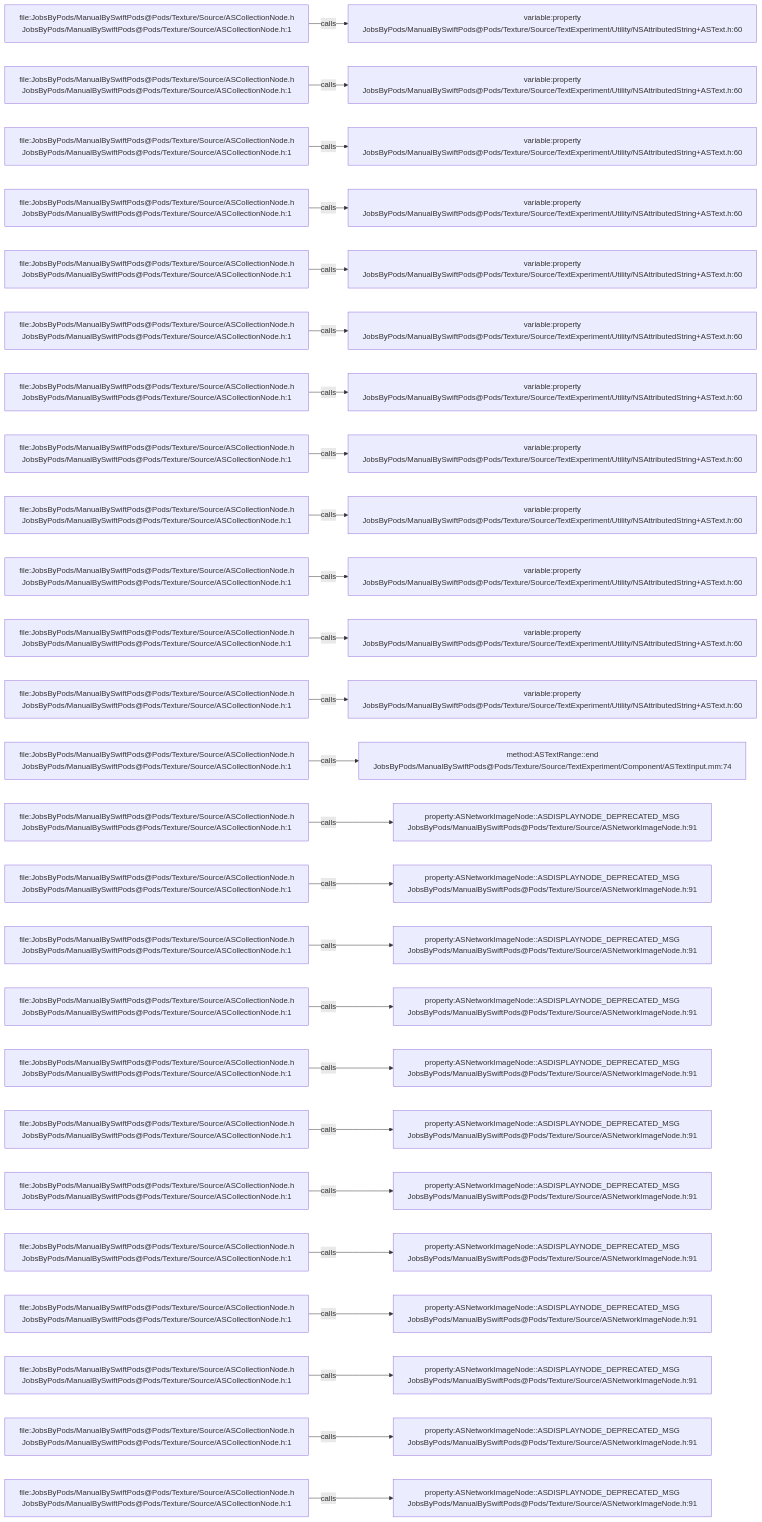
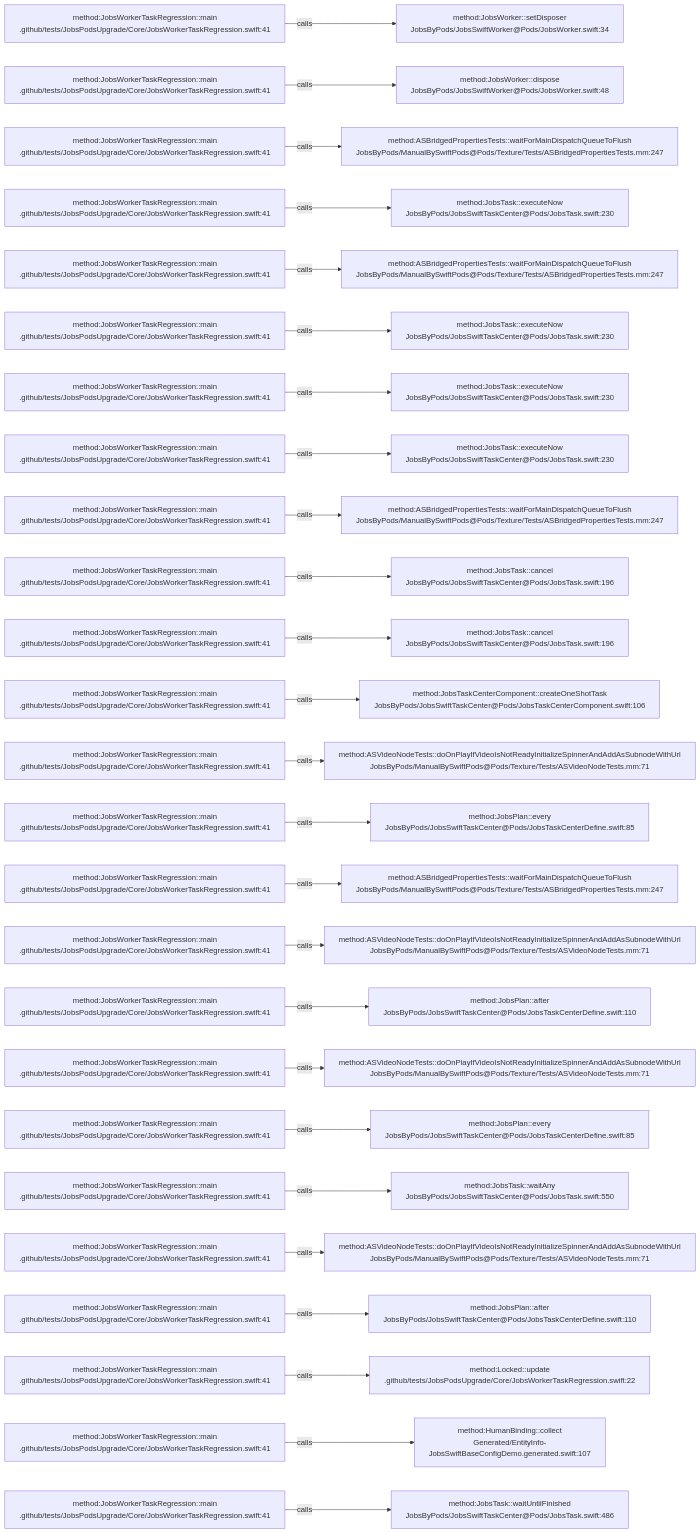
The diagram in .codegraph/codegraph.md/graphs/calls-006.md (JobsKits/JobsSwiftBaseConfigDemo), drawn with Mermaid before and after one commit. The commit also changed 224 other files, not shown here.

````diff
--- a/.codegraph/codegraph.md/graphs/calls-006.md
+++ b/.codegraph/codegraph.md/graphs/calls-006.md
@@ -13,78 +13,78 @@
 ```mermaid
 flowchart LR
-  S1["file:JobsByPods/ManualBySwiftPods@Pods/Texture/Source/ASCollectionNode.h<br/>JobsByPods/ManualBySwiftPods@Pods/Texture/Source/ASCollectionNode.h:1"]
-  T1["variable:property<br/>JobsByPods/ManualBySwiftPods@Pods/Texture/Source/TextExperiment/Utility/NSAttributedString+ASText.h:60"]
+  S1["method:JobsWorkerTaskRegression::main<br/>.github/tests/JobsPodsUpgrade/Core/JobsWorkerTaskRegression.swift:41"]
+  T1["method:JobsWorker::setDisposer<br/>JobsByPods/JobsSwiftWorker@Pods/JobsWorker.swift:34"]
   S1 -->|calls| T1
-  S2["file:JobsByPods/ManualBySwiftPods@Pods/Texture/Source/ASCollectionNode.h<br/>JobsByPods/ManualBySwiftPods@Pods/Texture/Source/ASCollectionNode.h:1"]
-  T2["variable:property<br/>JobsByPods/ManualBySwiftPods@Pods/Texture/Source/TextExperiment/Utility/NSAttributedString+ASText.h:60"]
+  S2["method:JobsWorkerTaskRegression::main<br/>.github/tests/JobsPodsUpgrade/Core/JobsWorkerTaskRegression.swift:41"]
+  T2["method:JobsWorker::dispose<br/>JobsByPods/JobsSwiftWorker@Pods/JobsWorker.swift:48"]
   S2 -->|calls| T2
-  S3["file:JobsByPods/ManualBySwiftPods@Pods/Texture/Source/ASCollectionNode.h<br/>JobsByPods/ManualBySwiftPods@Pods/Texture/Source/ASCollectionNode.h:1"]
-  T3["variable:property<br/>JobsByPods/ManualBySwiftPods@Pods/Texture/Source/TextExperiment/Utility/NSAttributedString+ASText.h:60"]
+  S3["method:JobsWorkerTaskRegression::main<br/>.github/tests/JobsPodsUpgrade/Core/JobsWorkerTaskRegression.swift:41"]
+  T3["method:ASBridgedPropertiesTests::waitForMainDispatchQueueToFlush<br/>JobsByPods/ManualBySwiftPods@Pods/Texture/Tests/ASBridgedPropertiesTests.mm:247"]
   S3 -->|calls| T3
-  S4["file:JobsByPods/ManualBySwiftPods@Pods/Texture/Source/ASCollectionNode.h<br/>JobsByPods/ManualBySwiftPods@Pods/Texture/Source/ASCollectionNode.h:1"]
-  T4["variable:property<br/>JobsByPods/ManualBySwiftPods@Pods/Texture/Source/TextExperiment/Utility/NSAttributedString+ASText.h:60"]
+  S4["method:JobsWorkerTaskRegression::main<br/>.github/tests/JobsPodsUpgrade/Core/JobsWorkerTaskRegression.swift:41"]
+  T4["method:JobsTask::executeNow<br/>JobsByPods/JobsSwiftTaskCenter@Pods/JobsTask.swift:230"]
   S4 -->|calls| T4
-  S5["file:JobsByPods/ManualBySwiftPods@Pods/Texture/Source/ASCollectionNode.h<br/>JobsByPods/ManualBySwiftPods@Pods/Texture/Source/ASCollectionNode.h:1"]
-  T5["variable:property<br/>JobsByPods/ManualBySwiftPods@Pods/Texture/Source/TextExperiment/Utility/NSAttributedString+ASText.h:60"]
+  S5["method:JobsWorkerTaskRegression::main<br/>.github/tests/JobsPodsUpgrade/Core/JobsWorkerTaskRegression.swift:41"]
+  T5["method:ASBridgedPropertiesTests::waitForMainDispatchQueueToFlush<br/>JobsByPods/ManualBySwiftPods@Pods/Texture/Tests/ASBridgedPropertiesTests.mm:247"]
   S5 -->|calls| T5
-  S6["file:JobsByPods/ManualBySwiftPods@Pods/Texture/Source/ASCollectionNode.h<br/>JobsByPods/ManualBySwiftPods@Pods/Texture/Source/ASCollectionNode.h:1"]
-  T6["variable:property<br/>JobsByPods/ManualBySwiftPods@Pods/Texture/Source/TextExperiment/Utility/NSAttributedString+ASText.h:60"]
+  S6["method:JobsWorkerTaskRegression::main<br/>.github/tests/JobsPodsUpgrade/Core/JobsWorkerTaskRegression.swift:41"]
+  T6["method:JobsTask::executeNow<br/>JobsByPods/JobsSwiftTaskCenter@Pods/JobsTask.swift:230"]
   S6 -->|calls| T6
-  S7["file:JobsByPods/ManualBySwiftPods@Pods/Texture/Source/ASCollectionNode.h<br/>JobsByPods/ManualBySwiftPods@Pods/Texture/Source/ASCollectionNode.h:1"]
-  T7["variable:property<br/>JobsByPods/ManualBySwiftPods@Pods/Texture/Source/TextExperiment/Utility/NSAttributedString+ASText.h:60"]
+  S7["method:JobsWorkerTaskRegression::main<br/>.github/tests/JobsPodsUpgrade/Core/JobsWorkerTaskRegression.swift:41"]
+  T7["method:JobsTask::executeNow<br/>JobsByPods/JobsSwiftTaskCenter@Pods/JobsTask.swift:230"]
   S7 -->|calls| T7
-  S8["file:JobsByPods/ManualBySwiftPods@Pods/Texture/Source/ASCollectionNode.h<br/>JobsByPods/ManualBySwiftPods@Pods/Texture/Source/ASCollectionNode.h:1"]
-  T8["variable:property<br/>JobsByPods/ManualBySwiftPods@Pods/Texture/Source/TextExperiment/Utility/NSAttributedString+ASText.h:60"]
+  S8["method:JobsWorkerTaskRegression::main<br/>.github/tests/JobsPodsUpgrade/Core/JobsWorkerTaskRegression.swift:41"]
+  T8["method:JobsTask::executeNow<br/>JobsByPods/JobsSwiftTaskCenter@Pods/JobsTask.swift:230"]
   S8 -->|calls| T8
-  S9["file:JobsByPods/ManualBySwiftPods@Pods/Texture/Source/ASCollectionNode.h<br/>JobsByPods/ManualBySwiftPods@Pods/Texture/Source/ASCollectionNode.h:1"]
-  T9["variable:property<br/>JobsByPods/ManualBySwiftPods@Pods/Texture/Source/TextExperiment/Utility/NSAttributedString+ASText.h:60"]
+  S9["method:JobsWorkerTaskRegression::main<br/>.github/tests/JobsPodsUpgrade/Core/JobsWorkerTaskRegression.swift:41"]
+  T9["method:ASBridgedPropertiesTests::waitForMainDispatchQueueToFlush<br/>JobsByPods/ManualBySwiftPods@Pods/Texture/Tests/ASBridgedPropertiesTests.mm:247"]
   S9 -->|calls| T9
-  S10["file:JobsByPods/ManualBySwiftPods@Pods/Texture/Source/ASCollectionNode.h<br/>JobsByPods/ManualBySwiftPods@Pods/Texture/Source/ASCollectionNode.h:1"]
-  T10["variable:property<br/>JobsByPods/ManualBySwiftPods@Pods/Texture/Source/TextExperiment/Utility/NSAttributedString+ASText.h:60"]
+  S10["method:JobsWorkerTaskRegression::main<br/>.github/tests/JobsPodsUpgrade/Core/JobsWorkerTaskRegression.swift:41"]
+  T10["method:JobsTask::cancel<br/>JobsByPods/JobsSwiftTaskCenter@Pods/JobsTask.swift:196"]
   S10 -->|calls| T10
-  S11["file:JobsByPods/ManualBySwiftPods@Pods/Texture/Source/ASCollectionNode.h<br/>JobsByPods/ManualBySwiftPods@Pods/Texture/Source/ASCollectionNode.h:1"]
-  T11["variable:property<br/>JobsByPods/ManualBySwiftPods@Pods/Texture/Source/TextExperiment/Utility/NSAttributedString+ASText.h:60"]
+  S11["method:JobsWorkerTaskRegression::main<br/>.github/tests/JobsPodsUpgrade/Core/JobsWorkerTaskRegression.swift:41"]
+  T11["method:JobsTask::cancel<br/>JobsByPods/JobsSwiftTaskCenter@Pods/JobsTask.swift:196"]
   S11 -->|calls| T11
-  S12["file:JobsByPods/ManualBySwiftPods@Pods/Texture/Source/ASCollectionNode.h<br/>JobsByPods/ManualBySwiftPods@Pods/Texture/Source/ASCollectionNode.h:1"]
-  T12["variable:property<br/>JobsByPods/ManualBySwiftPods@Pods/Texture/Source/TextExperiment/Utility/NSAttributedString+ASText.h:60"]
+  S12["method:JobsWorkerTaskRegression::main<br/>.github/tests/JobsPodsUpgrade/Core/JobsWorkerTaskRegression.swift:41"]
+  T12["method:JobsTaskCenterComponent::createOneShotTask<br/>JobsByPods/JobsSwiftTaskCenter@Pods/JobsTaskCenterComponent.swift:106"]
   S12 -->|calls| T12
-  S13["file:JobsByPods/ManualBySwiftPods@Pods/Texture/Source/ASCollectionNode.h<br/>JobsByPods/ManualBySwiftPods@Pods/Texture/Source/ASCollectionNode.h:1"]
-  T13["method:ASTextRange::end<br/>JobsByPods/ManualBySwiftPods@Pods/Texture/Source/TextExperiment/Component/ASTextInput.mm:74"]
+  S13["method:JobsWorkerTaskRegression::main<br/>.github/tests/JobsPodsUpgrade/Core/JobsWorkerTaskRegression.swift:41"]
+  T13["method:ASVideoNodeTests::doOnPlayIfVideoIsNotReadyInitializeSpinnerAndAddAsSubnodeWithUrl<br/>JobsByPods/ManualBySwiftPods@Pods/Texture/Tests/ASVideoNodeTests.mm:71"]
   S13 -->|calls| T13
-  S14["file:JobsByPods/ManualBySwiftPods@Pods/Texture/Source/ASCollectionNode.h<br/>JobsByPods/ManualBySwiftPods@Pods/Texture/Source/ASCollectionNode.h:1"]
-  T14["property:ASNetworkImageNode::ASDISPLAYNODE_DEPRECATED_MSG<br/>JobsByPods/ManualBySwiftPods@Pods/Texture/Source/ASNetworkImageNode.h:91"]
+  S14["method:JobsWorkerTaskRegression::main<br/>.github/tests/JobsPodsUpgrade/Core/JobsWorkerTaskRegression.swift:41"]
+  T14["method:JobsPlan::every<br/>JobsByPods/JobsSwiftTaskCenter@Pods/JobsTaskCenterDefine.swift:85"]
   S14 -->|calls| T14
-  S15["file:JobsByPods/ManualBySwiftPods@Pods/Texture/Source/ASCollectionNode.h<br/>JobsByPods/ManualBySwiftPods@Pods/Texture/Source/ASCollectionNode.h:1"]
-  T15["property:ASNetworkImageNode::ASDISPLAYNODE_DEPRECATED_MSG<br/>JobsByPods/ManualBySwiftPods@Pods/Texture/Source/ASNetworkImageNode.h:91"]
+  S15["method:JobsWorkerTaskRegression::main<br/>.github/tests/JobsPodsUpgrade/Core/JobsWorkerTaskRegression.swift:41"]
+  T15["method:ASBridgedPropertiesTests::waitForMainDispatchQueueToFlush<br/>JobsByPods/ManualBySwiftPods@Pods/Texture/Tests/ASBridgedPropertiesTests.mm:247"]
   S15 -->|calls| T15
-  S16["file:JobsByPods/ManualBySwiftPods@Pods/Texture/Source/ASCollectionNode.h<br/>JobsByPods/ManualBySwiftPods@Pods/Texture/Source/ASCollectionNode.h:1"]
-  T16["property:ASNetworkImageNode::ASDISPLAYNODE_DEPRECATED_MSG<br/>JobsByPods/ManualBySwiftPods@Pods/Texture/Source/ASNetworkImageNode.h:91"]
+  S16["method:JobsWorkerTaskRegression::main<br/>.github/tests/JobsPodsUpgrade/Core/JobsWorkerTaskRegression.swift:41"]
+  T16["method:ASVideoNodeTests::doOnPlayIfVideoIsNotReadyInitializeSpinnerAndAddAsSubnodeWithUrl<br/>JobsByPods/ManualBySwiftPods@Pods/Texture/Tests/ASVideoNodeTests.mm:71"]
   S16 -->|calls| T16
-  S17["file:JobsByPods/ManualBySwiftPods@Pods/Texture/Source/ASCollectionNode.h<br/>JobsByPods/ManualBySwiftPods@Pods/Texture/Source/ASCollectionNode.h:1"]
-  T17["property:ASNetworkImageNode::ASDISPLAYNODE_DEPRECATED_MSG<br/>JobsByPods/ManualBySwiftPods@Pods/Texture/Source/ASNetworkImageNode.h:91"]
+  S17["method:JobsWorkerTaskRegression::main<br/>.github/tests/JobsPodsUpgrade/Core/JobsWorkerTaskRegression.swift:41"]
+  T17["method:JobsPlan::after<br/>JobsByPods/JobsSwiftTaskCenter@Pods/JobsTaskCenterDefine.swift:110"]
   S17 -->|calls| T17
-  S18["file:JobsByPods/ManualBySwiftPods@Pods/Texture/Source/ASCollectionNode.h<br/>JobsByPods/ManualBySwiftPods@Pods/Texture/Source/ASCollectionNode.h:1"]
-  T18["property:ASNetworkImageNode::ASDISPLAYNODE_DEPRECATED_MSG<br/>JobsByPods/ManualBySwiftPods@Pods/Texture/Source/ASNetworkImageNode.h:91"]
+  S18["method:JobsWorkerTaskRegression::main<br/>.github/tests/JobsPodsUpgrade/Core/JobsWorkerTaskRegression.swift:41"]
+  T18["method:ASVideoNodeTests::doOnPlayIfVideoIsNotReadyInitializeSpinnerAndAddAsSubnodeWithUrl<br/>JobsByPods/ManualBySwiftPods@Pods/Texture/Tests/ASVideoNodeTests.mm:71"]
   S18 -->|calls| T18
-  S19["file:JobsByPods/ManualBySwiftPods@Pods/Texture/Source/ASCollectionNode.h<br/>JobsByPods/ManualBySwiftPods@Pods/Texture/Source/ASCollectionNode.h:1"]
-  T19["property:ASNetworkImageNode::ASDISPLAYNODE_DEPRECATED_MSG<br/>JobsByPods/ManualBySwiftPods@Pods/Texture/Source/ASNetworkImageNode.h:91"]
+  S19["method:JobsWorkerTaskRegression::main<br/>.github/tests/JobsPodsUpgrade/Core/JobsWorkerTaskRegression.swift:41"]
+  T19["method:JobsPlan::every<br/>JobsByPods/JobsSwiftTaskCenter@Pods/JobsTaskCenterDefine.swift:85"]
   S19 -->|calls| T19
-  S20["file:JobsByPods/ManualBySwiftPods@Pods/Texture/Source/ASCollectionNode.h<br/>JobsByPods/ManualBySwiftPods@Pods/Texture/Source/ASCollectionNode.h:1"]
-  T20["property:ASNetworkImageNode::ASDISPLAYNODE_DEPRECATED_MSG<br/>JobsByPods/ManualBySwiftPods@Pods/Texture/Source/ASNetworkImageNode.h:91"]
+  S20["method:JobsWorkerTaskRegression::main<br/>.github/tests/JobsPodsUpgrade/Core/JobsWorkerTaskRegression.swift:41"]
+  T20["method:JobsTask::waitAny<br/>JobsByPods/JobsSwiftTaskCenter@Pods/JobsTask.swift:550"]
   S20 -->|calls| T20
-  S21["file:JobsByPods/ManualBySwiftPods@Pods/Texture/Source/ASCollectionNode.h<br/>JobsByPods/ManualBySwiftPods@Pods/Texture/Source/ASCollectionNode.h:1"]
-  T21["property:ASNetworkImageNode::ASDISPLAYNODE_DEPRECATED_MSG<br/>JobsByPods/ManualBySwiftPods@Pods/Texture/Source/ASNetworkImageNode.h:91"]
+  S21["method:JobsWorkerTaskRegression::main<br/>.github/tests/JobsPodsUpgrade/Core/JobsWorkerTaskRegression.swift:41"]
+  T21["method:ASVideoNodeTests::doOnPlayIfVideoIsNotReadyInitializeSpinnerAndAddAsSubnodeWithUrl<br/>JobsByPods/ManualBySwiftPods@Pods/Texture/Tests/ASVideoNodeTests.mm:71"]
   S21 -->|calls| T21
-  S22["file:JobsByPods/ManualBySwiftPods@Pods/Texture/Source/ASCollectionNode.h<br/>JobsByPods/ManualBySwiftPods@Pods/Texture/Source/ASCollectionNode.h:1"]
-  T22["property:ASNetworkImageNode::ASDISPLAYNODE_DEPRECATED_MSG<br/>JobsByPods/ManualBySwiftPods@Pods/Texture/Source/ASNetworkImageNode.h:91"]
+  S22["method:JobsWorkerTaskRegression::main<br/>.github/tests/JobsPodsUpgrade/Core/JobsWorkerTaskRegression.swift:41"]
+  T22["method:JobsPlan::after<br/>JobsByPods/JobsSwiftTaskCenter@Pods/JobsTaskCenterDefine.swift:110"]
   S22 -->|calls| T22
-  S23["file:JobsByPods/ManualBySwiftPods@Pods/Texture/Source/ASCollectionNode.h<br/>JobsByPods/ManualBySwiftPods@Pods/Texture/Source/ASCollectionNode.h:1"]
-  T23["property:ASNetworkImageNode::ASDISPLAYNODE_DEPRECATED_MSG<br/>JobsByPods/ManualBySwiftPods@Pods/Texture/Source/ASNetworkImageNode.h:91"]
+  S23["method:JobsWorkerTaskRegression::main<br/>.github/tests/JobsPodsUpgrade/Core/JobsWorkerTaskRegression.swift:41"]
+  T23["method:Locked::update<br/>.github/tests/JobsPodsUpgrade/Core/JobsWorkerTaskRegression.swift:22"]
   S23 -->|calls| T23
-  S24["file:JobsByPods/ManualBySwiftPods@Pods/Texture/Source/ASCollectionNode.h<br/>JobsByPods/ManualBySwiftPods@Pods/Texture/Source/ASCollectionNode.h:1"]
-  T24["property:ASNetworkImageNode::ASDISPLAYNODE_DEPRECATED_MSG<br/>JobsByPods/ManualBySwiftPods@Pods/Texture/Source/ASNetworkImageNode.h:91"]
+  S24["method:JobsWorkerTaskRegression::main<br/>.github/tests/JobsPodsUpgrade/Core/JobsWorkerTaskRegression.swift:41"]
+  T24["method:HumanBinding::collect<br/>Generated/EntityInfo-JobsSwiftBaseConfigDemo.generated.swift:107"]
   S24 -->|calls| T24
-  S25["file:JobsByPods/ManualBySwiftPods@Pods/Texture/Source/ASCollectionNode.h<br/>JobsByPods/ManualBySwiftPods@Pods/Texture/Source/ASCollectionNode.h:1"]
-  T25["property:ASNetworkImageNode::ASDISPLAYNODE_DEPRECATED_MSG<br/>JobsByPods/ManualBySwiftPods@Pods/Texture/Source/ASNetworkImageNode.h:91"]
+  S25["method:JobsWorkerTaskRegression::main<br/>.github/tests/JobsPodsUpgrade/Core/JobsWorkerTaskRegression.swift:41"]
+  T25["method:JobsTask::waitUntilFinished<br/>JobsByPods/JobsSwiftTaskCenter@Pods/JobsTask.swift:486"]
   S25 -->|calls| T25
 ```
````
